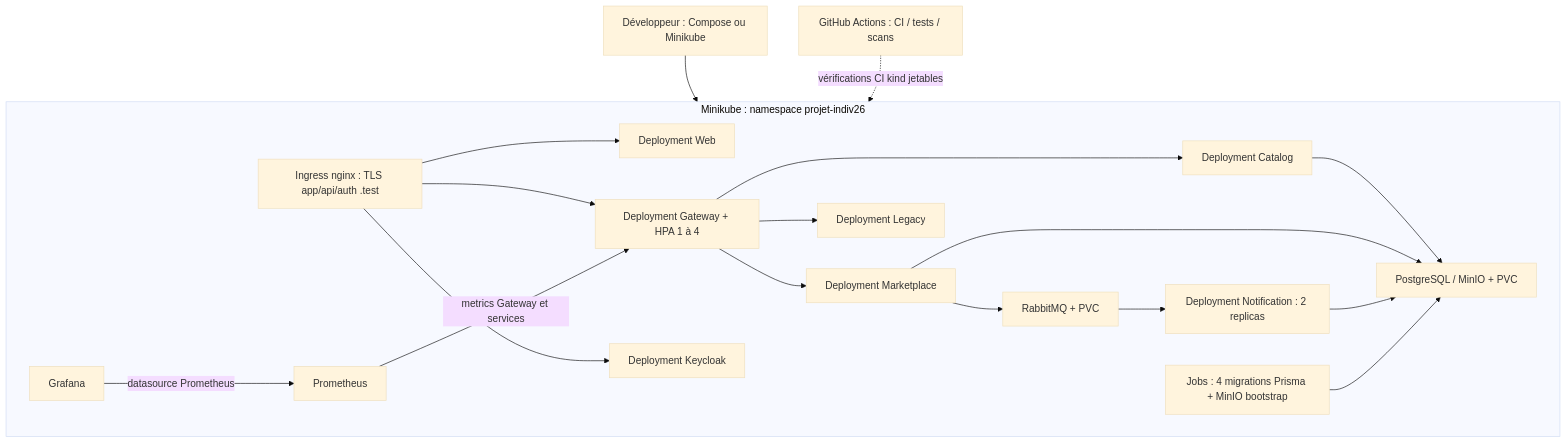
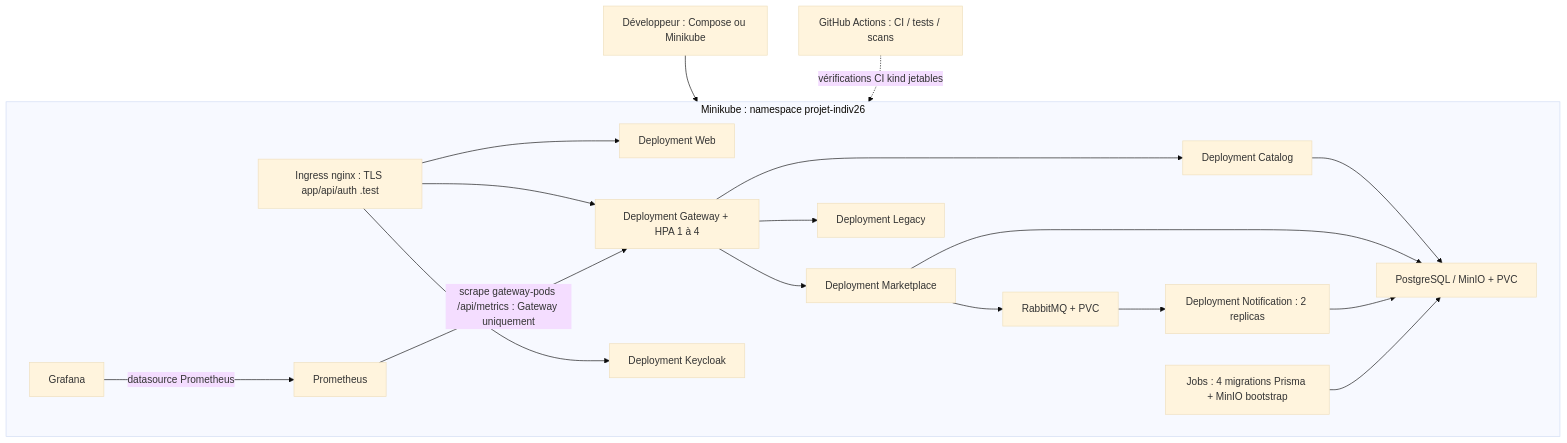
The sixth of 6 diagrams in docs/24-m10-architecture-finale.md (BALLOPROTEL/Projet_indiV26-espace-com-troc-don), drawn with Mermaid (base theme) before and after one commit. The commit also changed other lines of this file and 1 other file, not shown here.

Commit message:
docs(#57): address Codex architecture accuracy on auth, legacy, observability and SQL isolation

````diff
--- a/docs/24-m10-architecture-finale.md
+++ b/docs/24-m10-architecture-finale.md
@@ -281,36 +286,36 @@
 ```mermaid
 flowchart TB
     DEV["Développeur : Compose ou Minikube"]
     GH["GitHub Actions : CI / tests / scans"]
     subgraph K8S["Minikube : namespace projet-indiv26"]
       ING["Ingress nginx : TLS app/api/auth .test"]
       WEB["Deployment Web"]
       GW["Deployment Gateway + HPA 1 à 4"]
       CAT["Deployment Catalog"]
       MAR["Deployment Marketplace"]
       NOT["Deployment Notification : 2 replicas"]
       LEG["Deployment Legacy"]
       KC["Deployment Keycloak"]
       INF["PostgreSQL / MinIO + PVC"]
       RMQ["RabbitMQ + PVC"]
       JOB["Jobs : 4 migrations Prisma + MinIO bootstrap"]
       PRO["Prometheus"]
       GRAF["Grafana"]
     end
     DEV --> K8S
     GH -.->|"vérifications CI kind jetables"| K8S
     ING --> WEB
     ING --> GW
     ING --> KC
     GW --> CAT
     GW --> MAR
     GW --> LEG
     MAR --> RMQ
     RMQ --> NOT
     CAT --> INF
     MAR --> INF
     NOT --> INF
     JOB --> INF
-    PRO -->|"metrics Gateway et services"| GW
+    PRO -->|"scrape gateway-pods /api/metrics : Gateway uniquement"| GW
     GRAF -->|"datasource Prometheus"| PRO
 ```
````
